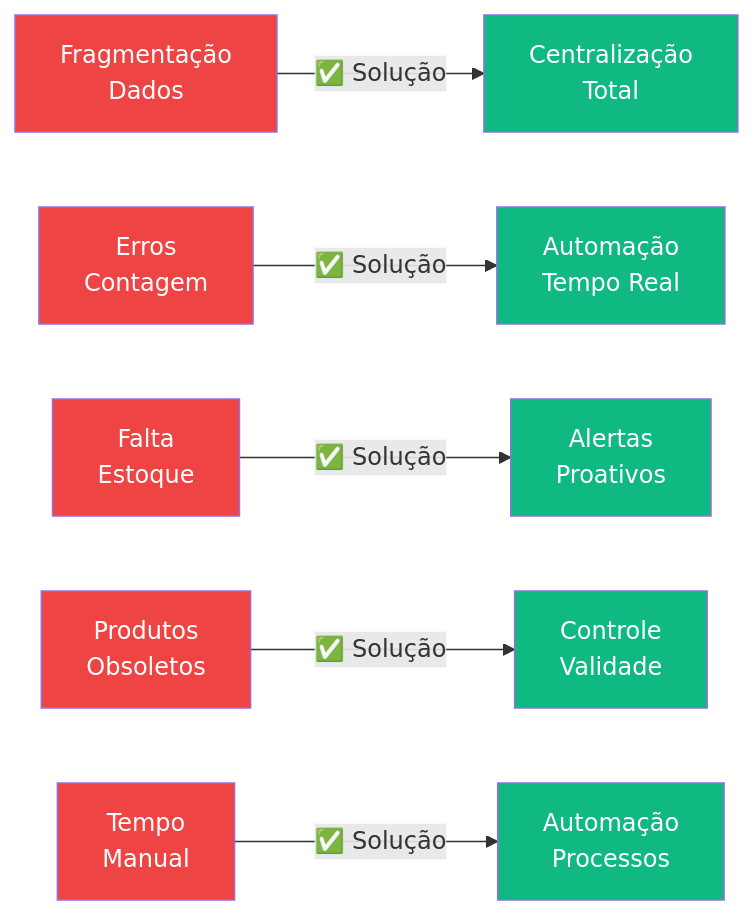
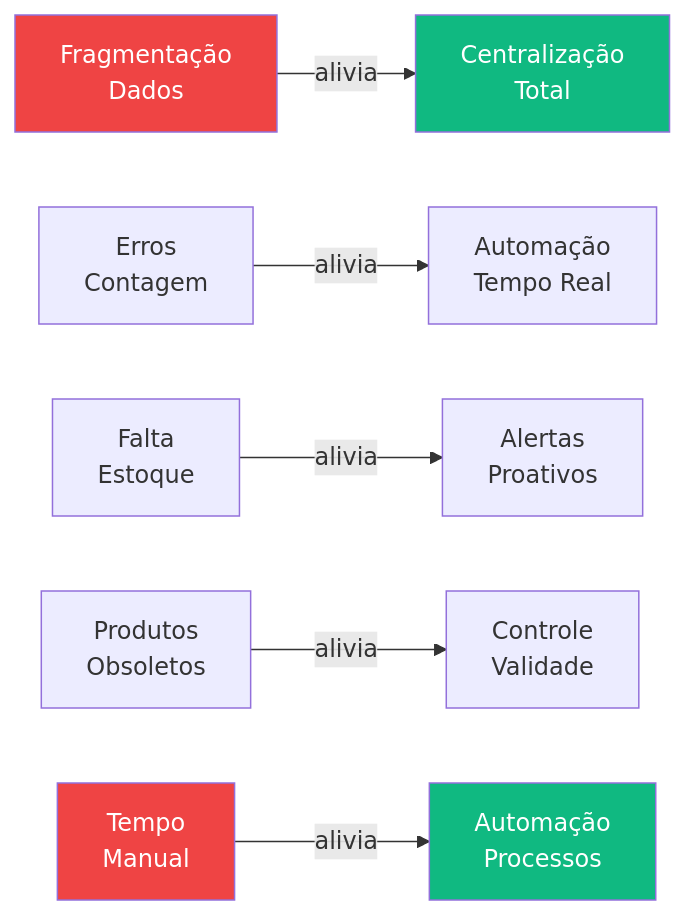
One commit to matheusmendes720/workconnect-tcc changed the seventh of 10 diagrams in documentation/docs/estrategia/proposta-valor.mdx. Above: the diagram before and after it, drawn with Mermaid. The commit also changed other lines of this file and 16 other files, not shown here.

````diff
--- a/documentation/docs/estrategia/proposta-valor.mdx
+++ b/documentation/docs/estrategia/proposta-valor.mdx
@@ -223,19 +255,13 @@
 ```mermaid
 flowchart LR
-    D1[Fragmentação<br/>Dados] -->|"✅ Solução"| A1[Centralização<br/>Total]
-    D2[Erros<br/>Contagem] -->|"✅ Solução"| A2[Automação<br/>Tempo Real]
-    D3[Falta<br/>Estoque] -->|"✅ Solução"| A3[Alertas<br/>Proativos]
-    D4[Produtos<br/>Obsoletos] -->|"✅ Solução"| A4[Controle<br/>Validade]
-    D5[Tempo<br/>Manual] -->|"✅ Solução"| A5[Automação<br/>Processos]
-    
+    D1[Fragmentação<br/>Dados] -->|alivia| A1[Centralização<br/>Total]
+    D2[Erros<br/>Contagem] -->|alivia| A2[Automação<br/>Tempo Real]
+    D3[Falta<br/>Estoque] -->|alivia| A3[Alertas<br/>Proativos]
+    D4[Produtos<br/>Obsoletos] -->|alivia| A4[Controle<br/>Validade]
+    D5[Tempo<br/>Manual] -->|alivia| A5[Automação<br/>Processos]
+
     style D1 fill:#ef4444,color:#fff
-    style D2 fill:#ef4444,color:#fff
-    style D3 fill:#ef4444,color:#fff
-    style D4 fill:#ef4444,color:#fff
     style D5 fill:#ef4444,color:#fff
     style A1 fill:#10b981,color:#fff
-    style A2 fill:#10b981,color:#fff
-    style A3 fill:#10b981,color:#fff
-    style A4 fill:#10b981,color:#fff
     style A5 fill:#10b981,color:#fff
 ```
````
